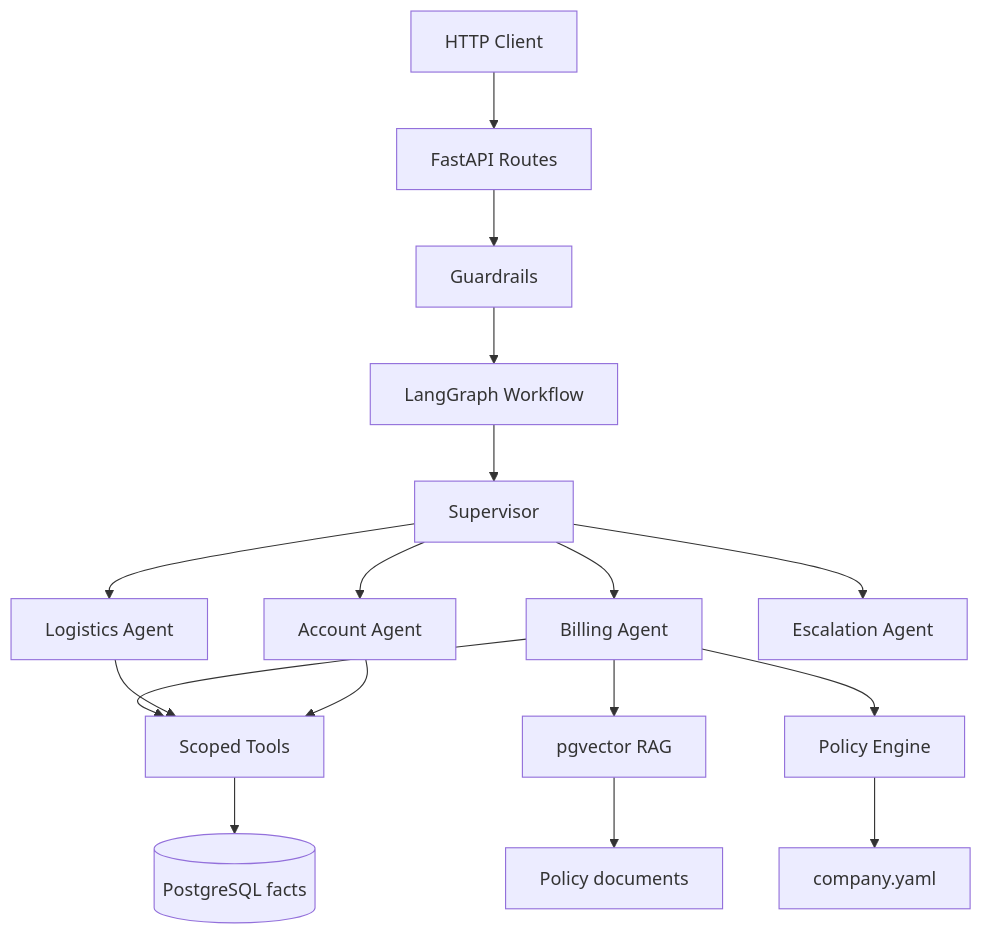
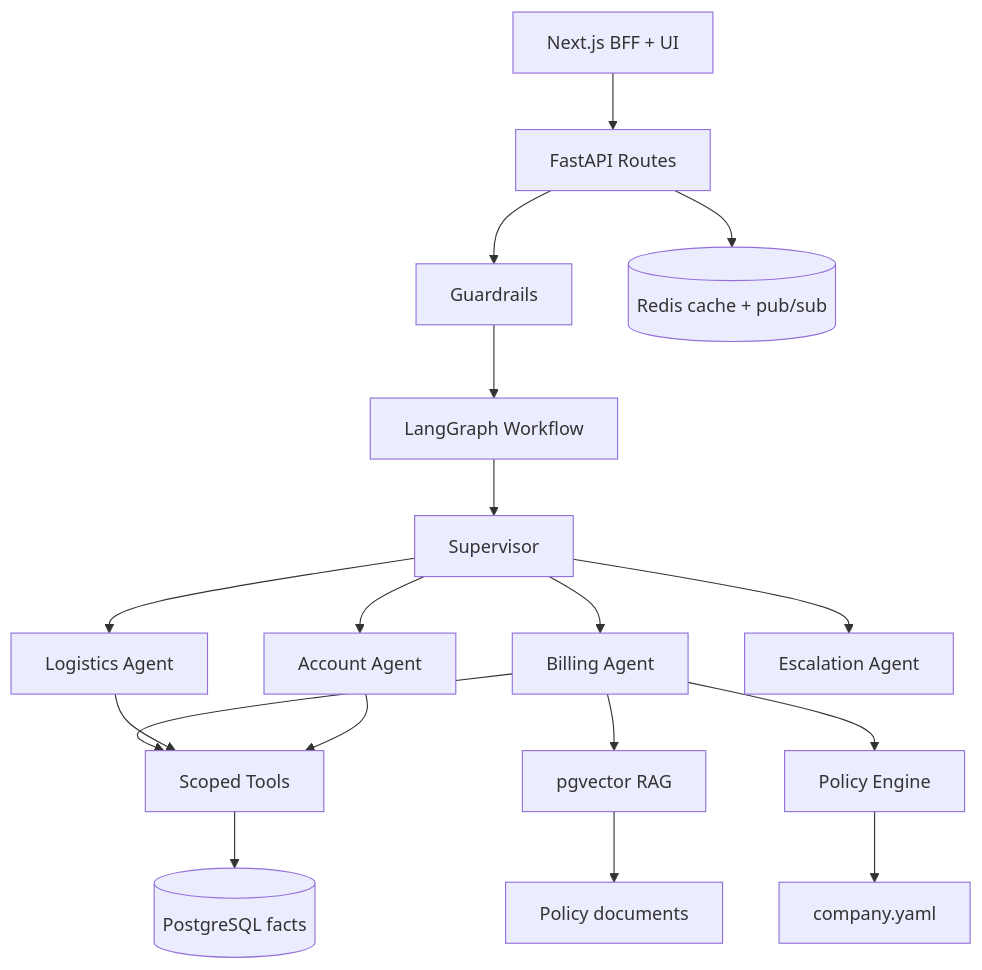
Before and after one commit to OtnielGomes/AI-Customer-Support-Platform-With-Langgraph: the diagram in README.md, drawn with Mermaid. The commit also changed other lines of this file and 23 other files, not shown here.

````diff
--- a/README.md
+++ b/README.md
@@ -21,19 +41,20 @@
 ```mermaid
 flowchart TD
-    Client[HTTP Client] --> API[FastAPI Routes]
+    Browser[Next.js BFF + UI] --> API[FastAPI Routes]
     API --> Guard[Guardrails]
     Guard --> Graph[LangGraph Workflow]
     Graph --> Supervisor[Supervisor]
     Supervisor --> Billing[Billing Agent]
     Supervisor --> Logistics[Logistics Agent]
     Supervisor --> Account[Account Agent]
     Supervisor --> Escalation[Escalation Agent]
     Billing --> Tools[Scoped Tools]
     Billing --> RAG[pgvector RAG]
     Billing --> Policy[Policy Engine]
     Logistics --> Tools
     Account --> Tools
     Tools --> DB[(PostgreSQL facts)]
     RAG --> KB[Policy documents]
     Policy --> YAML[company.yaml]
+    API --> Redis[(Redis cache + pub/sub)]
 ```
````
